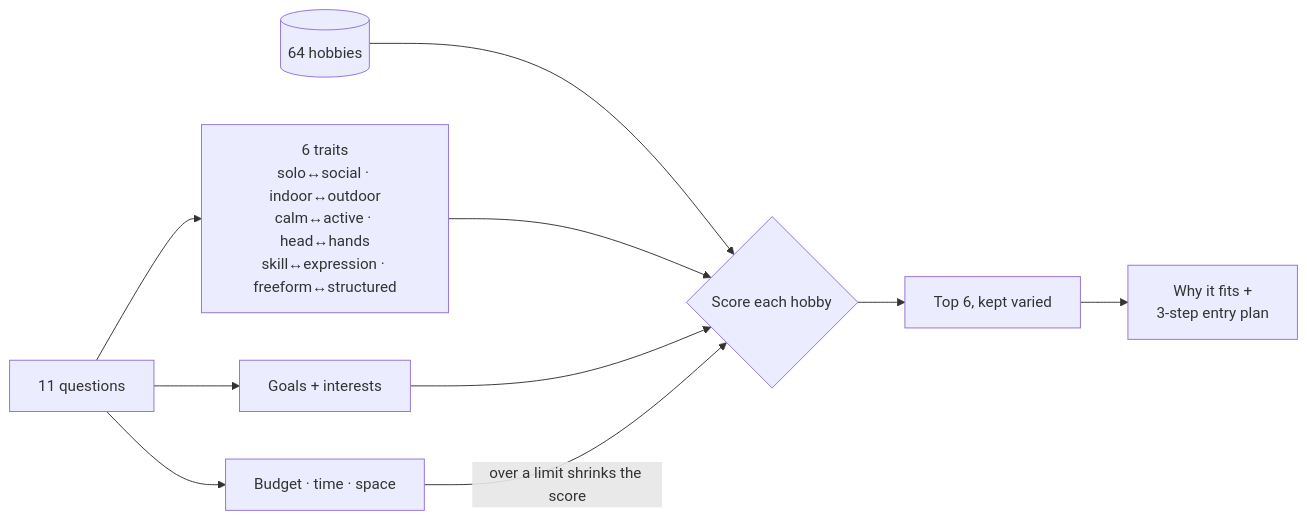
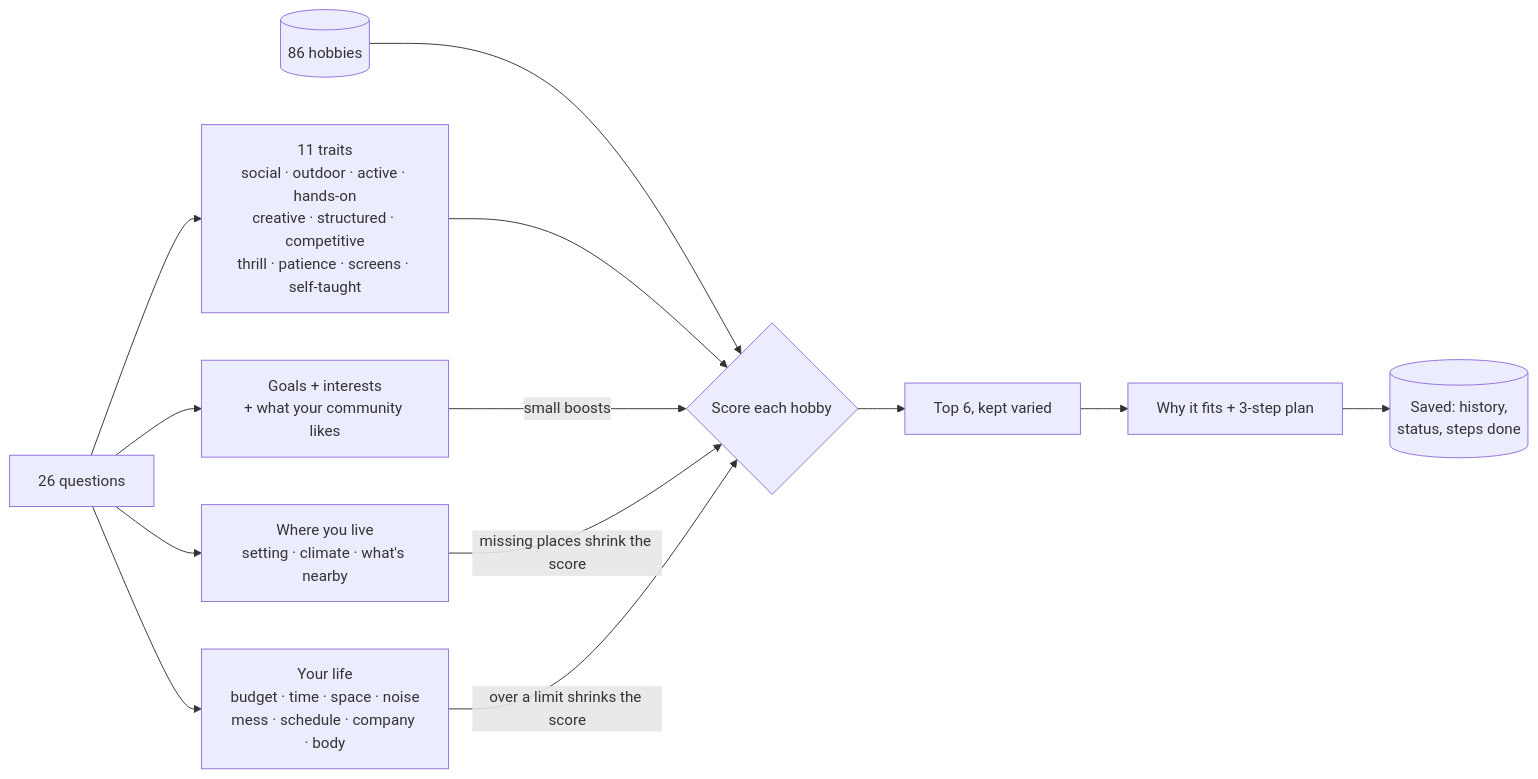
One commit to amalmehta/HobbyMaxer changed the diagram in README.md. Above: the diagram before and after it, drawn with Mermaid. The commit also changed other lines of this file and 89 other files, not shown here.

Commit message:
Save progress and history, 26-question quiz with location and life questions, refreshed 86-hobby catalog

````diff
--- a/README.md
+++ b/README.md
@@ -25,11 +25,13 @@
 ```mermaid
 flowchart LR
-    Q["11 questions"] --> T["6 traits<br/>solo↔social · indoor↔outdoor<br/>calm↔active · head↔hands<br/>skill↔expression · freeform↔structured"]
-    Q --> G["Goals + interests"]
-    Q --> L["Budget · time · space"]
-    C[("64 hobbies")] --> S{"Score each hobby"}
+    Q["26 questions"] --> T["11 traits<br/>social · outdoor · active · hands-on<br/>creative · structured · competitive<br/>thrill · patience · screens · self-taught"]
+    Q --> G["Goals + interests<br/>+ what your community likes"]
+    Q --> W["Where you live<br/>setting · climate · what's nearby"]
+    Q --> L["Your life<br/>budget · time · space · noise<br/>mess · schedule · company · body"]
+    C[("86 hobbies")] --> S{"Score each hobby"}
     T --> S
-    G --> S
+    G -- "small boosts" --> S
+    W -- "missing places shrink the score" --> S
     L -- "over a limit shrinks the score" --> S
-    S --> R["Top 6, kept varied"] --> P["Why it fits +<br/>3-step entry plan"]
+    S --> R["Top 6, kept varied"] --> P["Why it fits + 3-step plan"] --> H[("Saved: history,<br/>status, steps done")]
 ```
````
